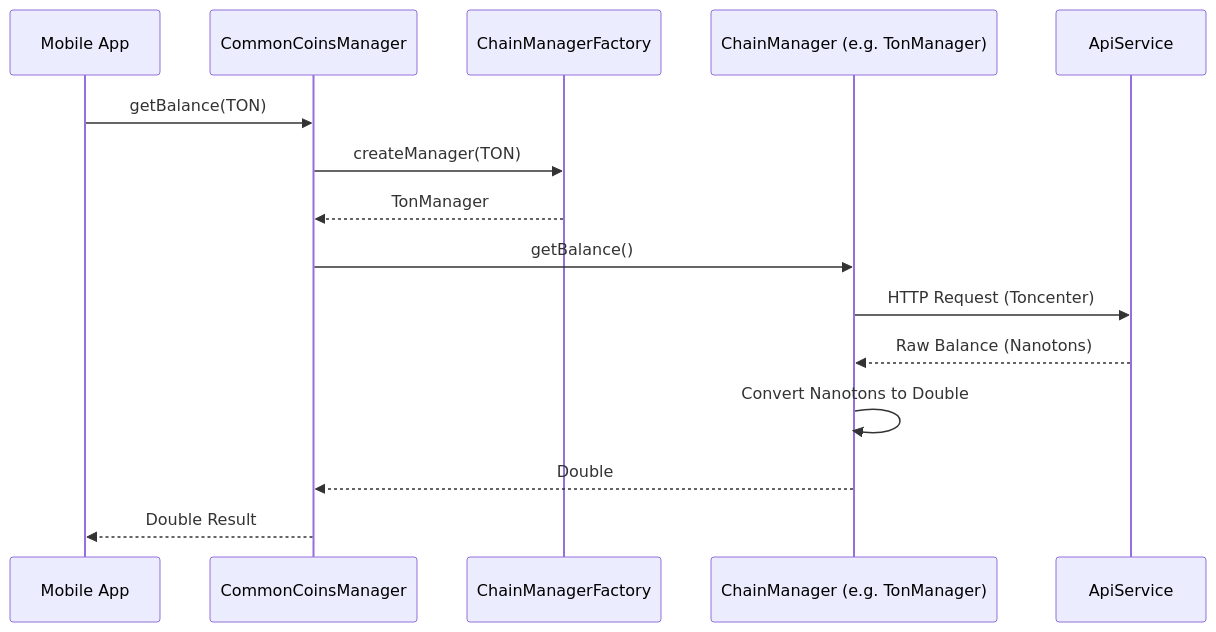
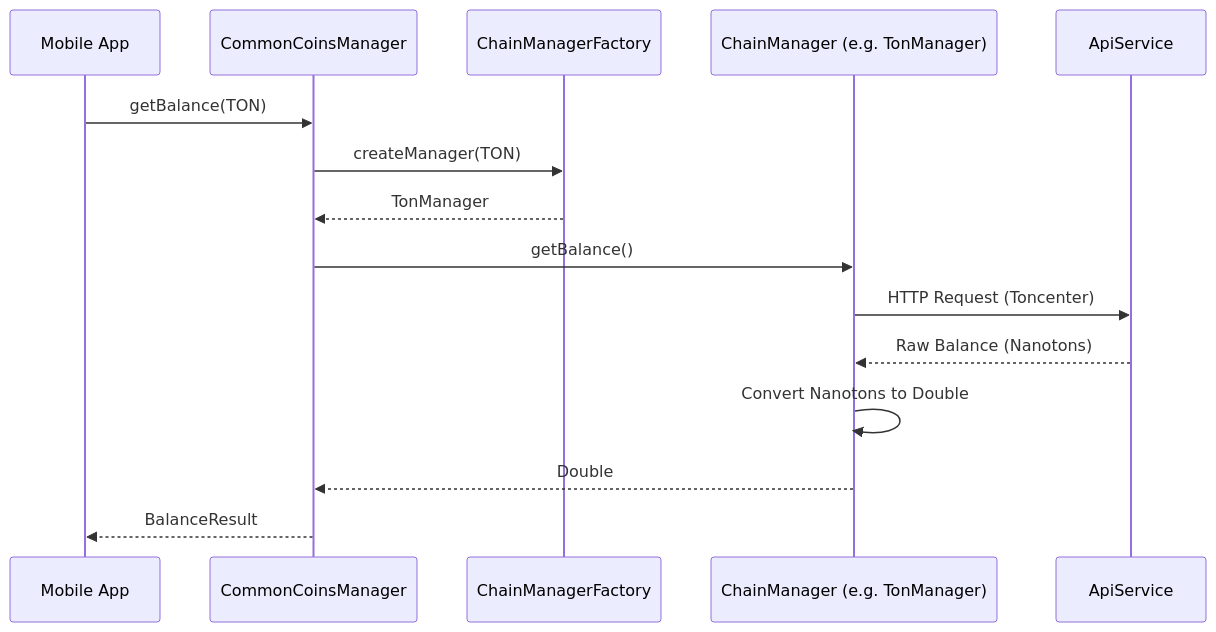
The first of 2 diagrams in docs/api/common-coins-manager.md (innfocus/cryptowallet), drawn with Mermaid before and after one commit. The commit also changed other lines of this file and 4 other files, not shown here.

````diff
--- a/docs/api/common-coins-manager.md
+++ b/docs/api/common-coins-manager.md
@@ -96,18 +245,18 @@
 ```mermaid
 sequenceDiagram
     participant App as Mobile App
     participant CCM as CommonCoinsManager
     participant Factory as ChainManagerFactory
     participant Manager as ChainManager (e.g. TonManager)
     participant API as ApiService
 
     App->>CCM: getBalance(TON)
     CCM->>Factory: createManager(TON)
     Factory-->>CCM: TonManager
     CCM->>Manager: getBalance()
     Manager->>API: HTTP Request (Toncenter)
     API-->>Manager: Raw Balance (Nanotons)
     Manager->>Manager: Convert Nanotons to Double
     Manager-->>CCM: Double
-    CCM-->>App: Double Result
+    CCM-->>App: BalanceResult
 ```
````
